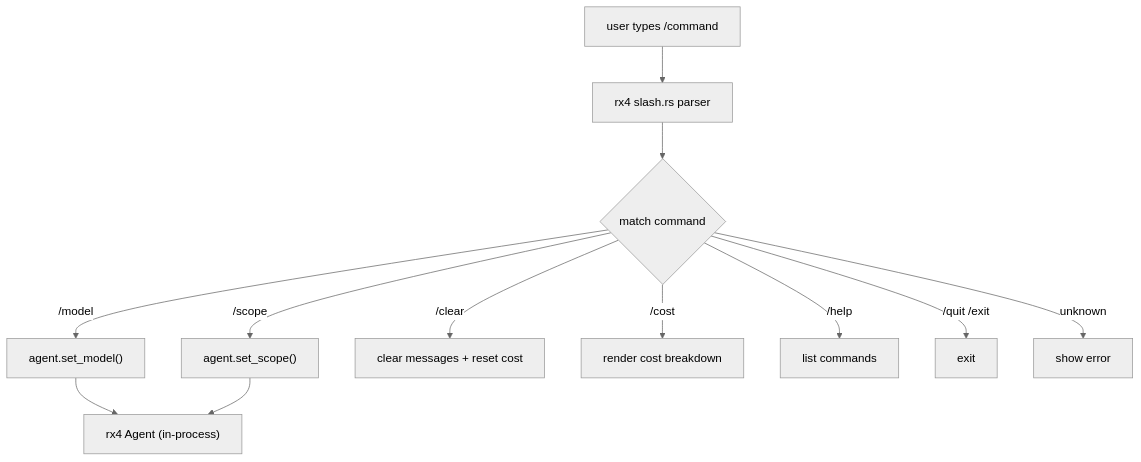
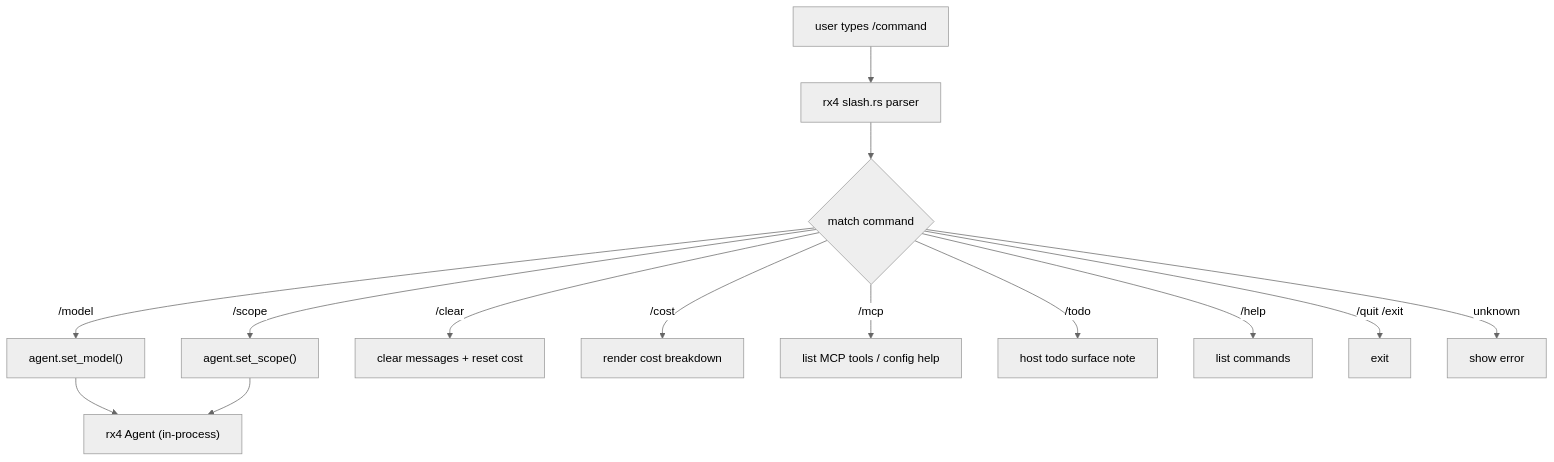
The third of 3 diagrams in README.md (semitechnological/telekinesis), drawn with Mermaid (neutral theme) before and after one commit. The commit also changed other lines of this file and 7 other files, not shown here.

First line of the commit message:
feat(host): surface remote MCP, richer approvals, new tool docs

````diff
--- a/README.md
+++ b/README.md
@@ -85,14 +85,16 @@
 ```mermaid
 flowchart TD
   Type["user types /command"] --> Parse["rx4 slash.rs parser"]
   Parse --> Match{"match command"}
   Match -->|/model| M["agent.set_model()"]
   Match -->|/scope| S["agent.set_scope()"]
   Match -->|/clear| C["clear messages + reset cost"]
   Match -->|/cost| Co["render cost breakdown"]
+  Match -->|/mcp| Mcp["list MCP tools / config help"]
+  Match -->|/todo| Todo["host todo surface note"]
   Match -->|/help| H["list commands"]
   Match -->|/quit /exit| Q["exit"]
   Match -->|unknown| E["show error"]
   M --> Agent["rx4 Agent (in-process)"]
   S --> Agent
 ```
````
